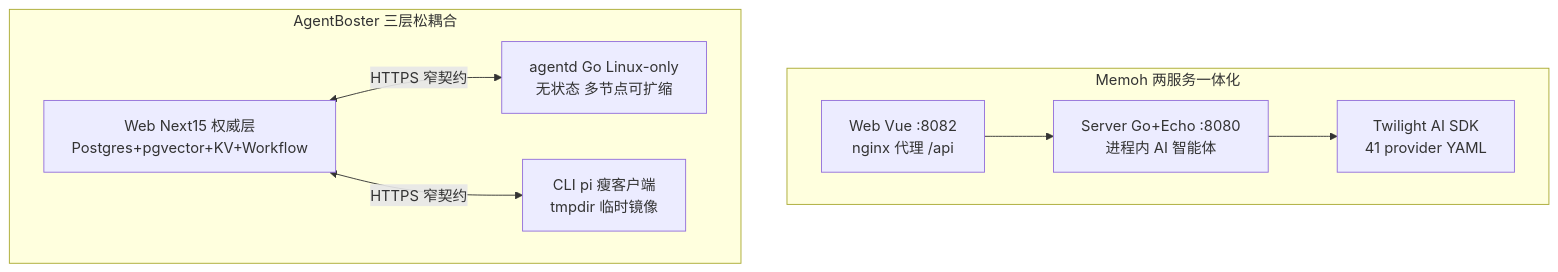
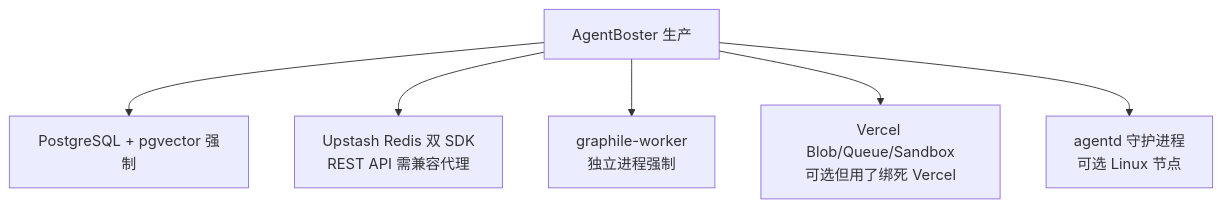
One commit to NekoSekaiMoe/agentboster changed diagram 20 of 32 in docs/memoh-vs-agentboster.md. Above: the diagram before and after it, drawn with Mermaid. The commit also changed other lines of this file, not shown here.

````diff
--- a/docs/memoh-vs-agentboster.md
+++ b/docs/memoh-vs-agentboster.md
@@ -279,16 +288,8 @@
 ```mermaid
 flowchart TB
-    subgraph Memoh["Memoh 两服务一体化"]
-        MSrv["Server Go+Echo :8080<br/>进程内 AI 智能体"]
-        MWeb["Web Vue :8082<br/>nginx 代理 /api"]
-        MWeb --> MSrv
-        MSrv --> MAI["Twilight AI SDK<br/>41 provider YAML"]
-    end
-    subgraph AgentBoster["AgentBoster 三层松耦合"]
-        AW["Web Next15 权威层<br/>Postgres+pgvector+KV+Workflow"]
-        AD["agentd Go Linux-only<br/>无状态 多节点可扩缩"]
-        AC["CLI pi 瘦客户端<br/>tmpdir 临时镜像"]
-        AW <-->|"HTTPS 窄契约"| AD
-        AW <-->|"HTTPS 窄契约"| AC
-    end
+    B1["AgentBoster 生产"] --> B2["PostgreSQL + pgvector 强制"]
+    B1 --> B3["Upstash Redis 双 SDK<br/>REST API 需兼容代理"]
+    B1 --> B4["graphile-worker<br/>独立进程强制"]
+    B1 --> B5["Vercel Blob/Queue/Sandbox<br/>可选但用了绑死 Vercel"]
+    B1 --> B6["agentd 守护进程<br/>可选 Linux 节点"]
 ```
````
